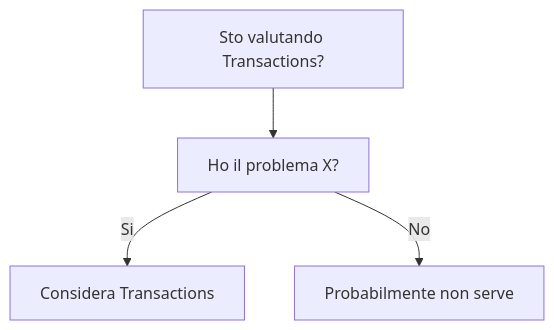
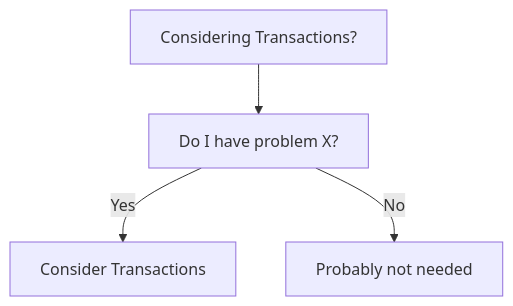
One commit to HxT9/Software-Dev-Wiki changed the diagram in dev-wiki/06_Data_Storage/Transactions/When_To_Use.md. Above: the diagram before and after it, drawn with Mermaid. The commit also changed other lines of this file and 3444 other files, not shown here.

````diff
--- a/dev-wiki/06_Data_Storage/Transactions/When_To_Use.md
+++ b/dev-wiki/06_Data_Storage/Transactions/When_To_Use.md
@@ -19,6 +19,6 @@
 ```mermaid
 flowchart TD
-  Q[Sto valutando Transactions?] --> Q1[Ho il problema X?]
-  Q1 -->|Si| OK[Considera Transactions]
-  Q1 -->|No| NO[Probabilmente non serve]
+  Q[Considering Transactions?] --> Q1[Do I have problem X?]
+  Q1 -->|Yes| OK[Consider Transactions]
+  Q1 -->|No| NO[Probably not needed]
 ```
````
